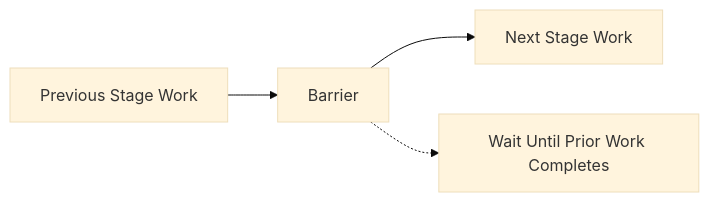
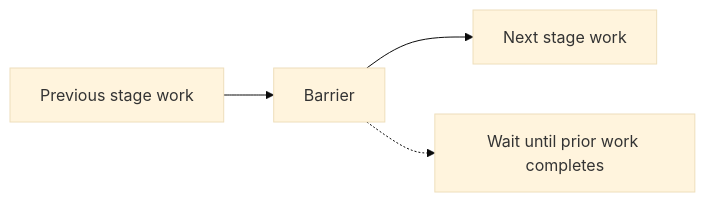
One commit to XanderBert/xanderbert.github.io changed the first of 5 diagrams in _posts/Vulkan/2025-04-13-VulkanMemoryBarriers.md. Above: the diagram before and after it, drawn with Mermaid (base theme). The commit also changed other lines of this file and 21 other files, not shown here.

````diff
--- a/_posts/Vulkan/2025-04-13-VulkanMemoryBarriers.md
+++ b/_posts/Vulkan/2025-04-13-VulkanMemoryBarriers.md
@@ -22,5 +33,5 @@
 ```mermaid
-flowchart LR  
-    A[Previous Stage Work] --> B[Barrier] --> C[Next Stage Work]  
-    B -.-> D[Wait Until Prior Work Completes]  
+flowchart LR
+    A[Previous stage work] --> B[Barrier] --> C[Next stage work]
+    B -.-> D[Wait until prior work completes]
 ```
````
